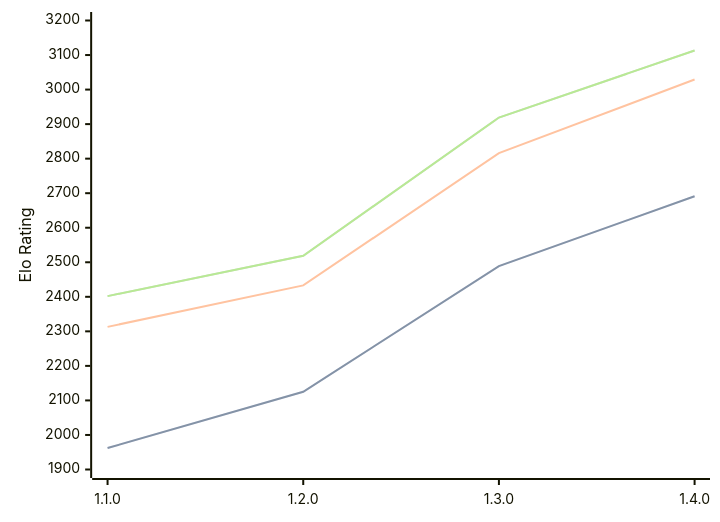
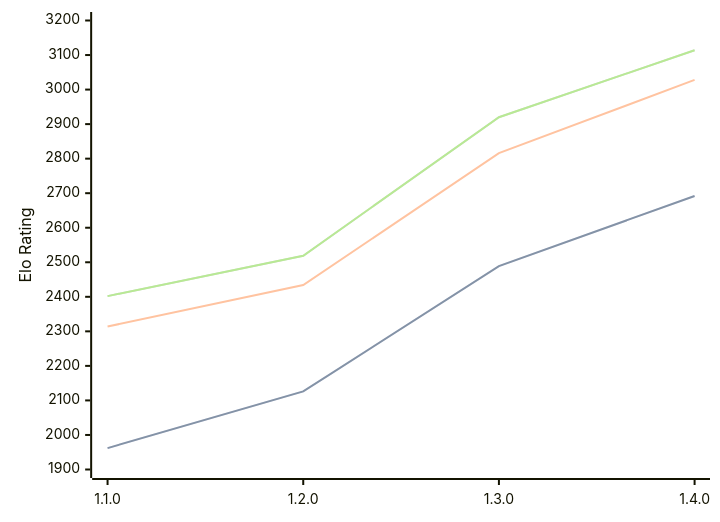
Before and after one commit to computer-chess-index/cci: the diagram in engines/Gyatso.md, drawn with Mermaid. The commit also changed other lines of this file, not shown here.

Commit message:
Update CCI Ratings (ELO VLTC) - 2026-08-29

````diff
--- a/engines/Gyatso.md
+++ b/engines/Gyatso.md
@@ -36,11 +36,11 @@
 ```mermaid
 %%{init: {"theme":"base","themeVariables":{"seriesColors:['#a3a3a3','#222221','#faa371']}}}%%
 xychart-beta
   x-axis ["1.1.0", "1.2.0", "1.3.0", "1.4.0"]
   y-axis "Elo Rating" 1900 --> 3200
-  line "" [1962, 2125, 2489, 2691]
-  line "STC (8.0+0.08s)" [1962, 2125, 2489, 2691]
-  line "LTC (60.0+0.60s)" [2313, 2433, 2816, 3029]
-  line "" [2402, 2519, 2919, 3113]
-  line "VLTC (2m24s+1.12s)" [2402, 2519, 2919, 3113]
+  line "" [1962, 2126, 2489, 2692]
+  line "STC (8.0+0.08s)" [1962, 2126, 2489, 2692]
+  line "LTC (60.0+0.60s)" [2314, 2434, 2816, 3028]
+  line "" [2402, 2519, 2920, 3114]
+  line "VLTC (2m24s+1.12s)" [2402, 2519, 2920, 3114]
 ```
````
